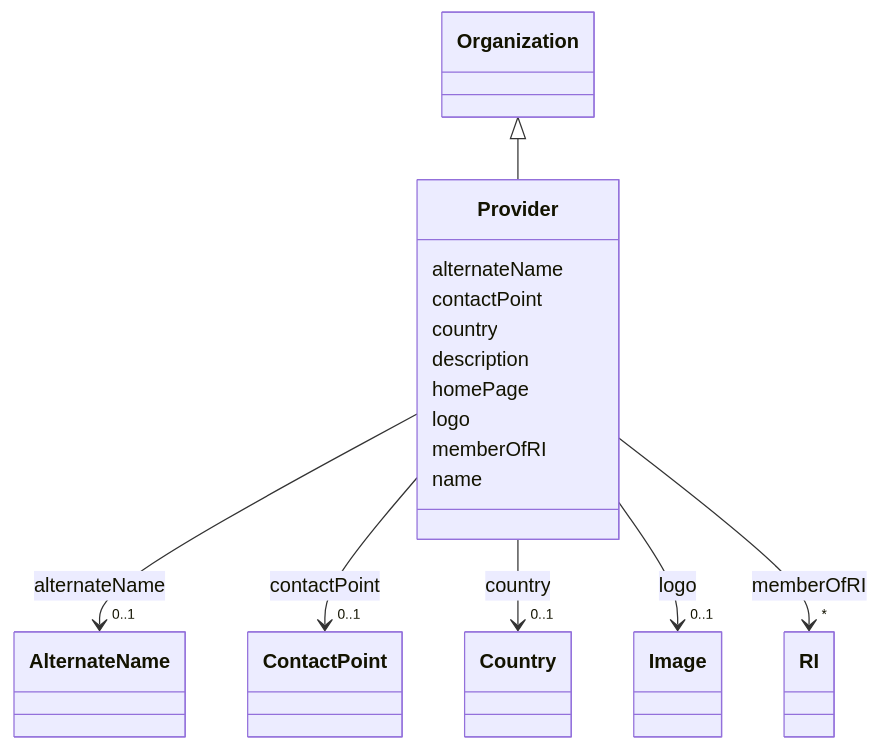
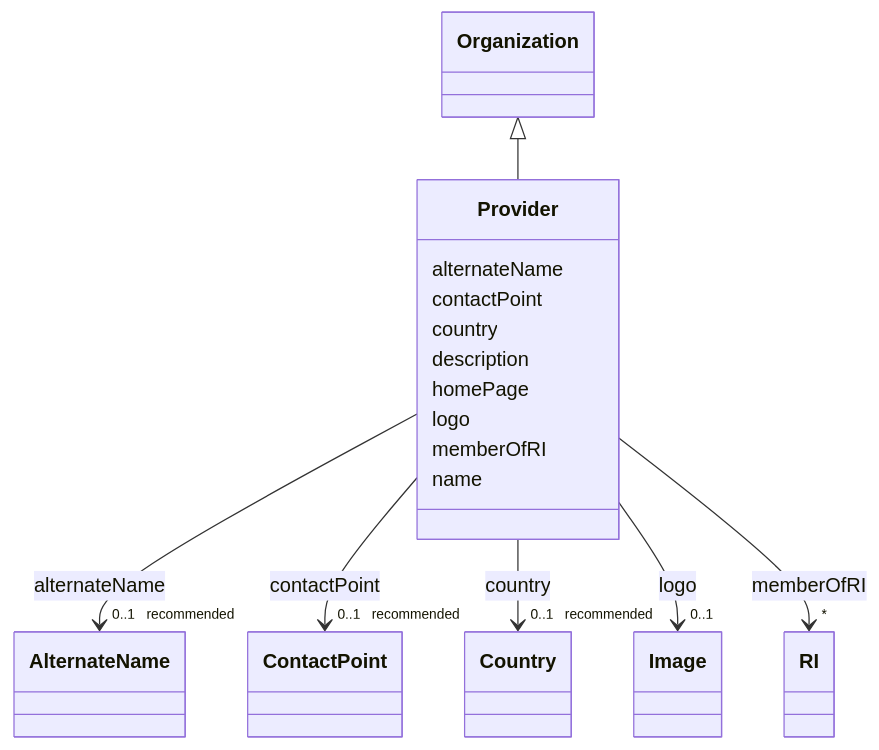
The diagram in models/docs/Provider.md (EVORA-project/evora-ontology), drawn with Mermaid before and after one commit. The commit also changed other lines of this file and 1187 other files, not shown here.

````diff
--- a/models/docs/Provider.md
+++ b/models/docs/Provider.md
@@ -19,60 +19,60 @@
 ```mermaid
  classDiagram
     class Provider
     click Provider href "../Provider"
       Organization <|-- Provider
         click Organization href "../Organization"
       
       Provider : alternateName
         
           
     
     
-    Provider --> "0..1" AlternateName : alternateName
+    Provider --> "0..1 _recommended_" AlternateName : alternateName
     click AlternateName href "../AlternateName"
 
         
       Provider : contactPoint
         
           
     
     
-    Provider --> "0..1" ContactPoint : contactPoint
+    Provider --> "0..1 _recommended_" ContactPoint : contactPoint
     click ContactPoint href "../ContactPoint"
 
         
       Provider : country
         
           
     
     
-    Provider --> "0..1" Country : country
+    Provider --> "0..1 _recommended_" Country : country
     click Country href "../Country"
 
         
       Provider : description
         
       Provider : homePage
         
       Provider : logo
         
           
     
     
     Provider --> "0..1" Image : logo
     click Image href "../Image"
 
         
       Provider : memberOfRI
         
           
     
     
     Provider --> "*" RI : memberOfRI
     click RI href "../RI"
 
         
       Provider : name
         
       
 ```
````
